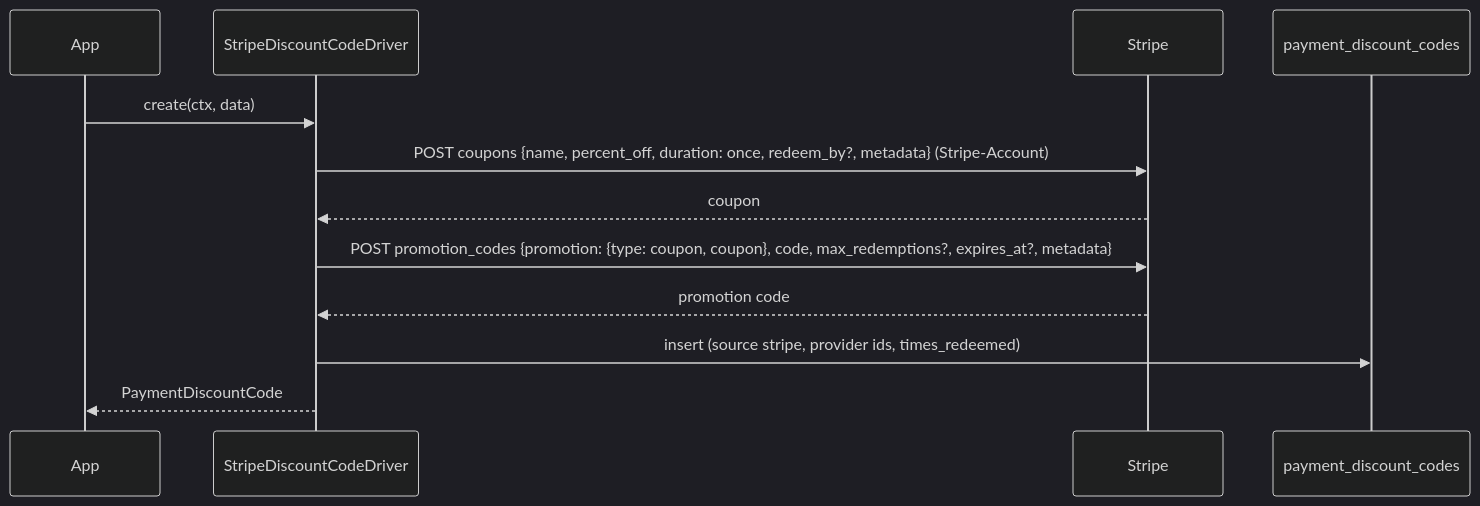
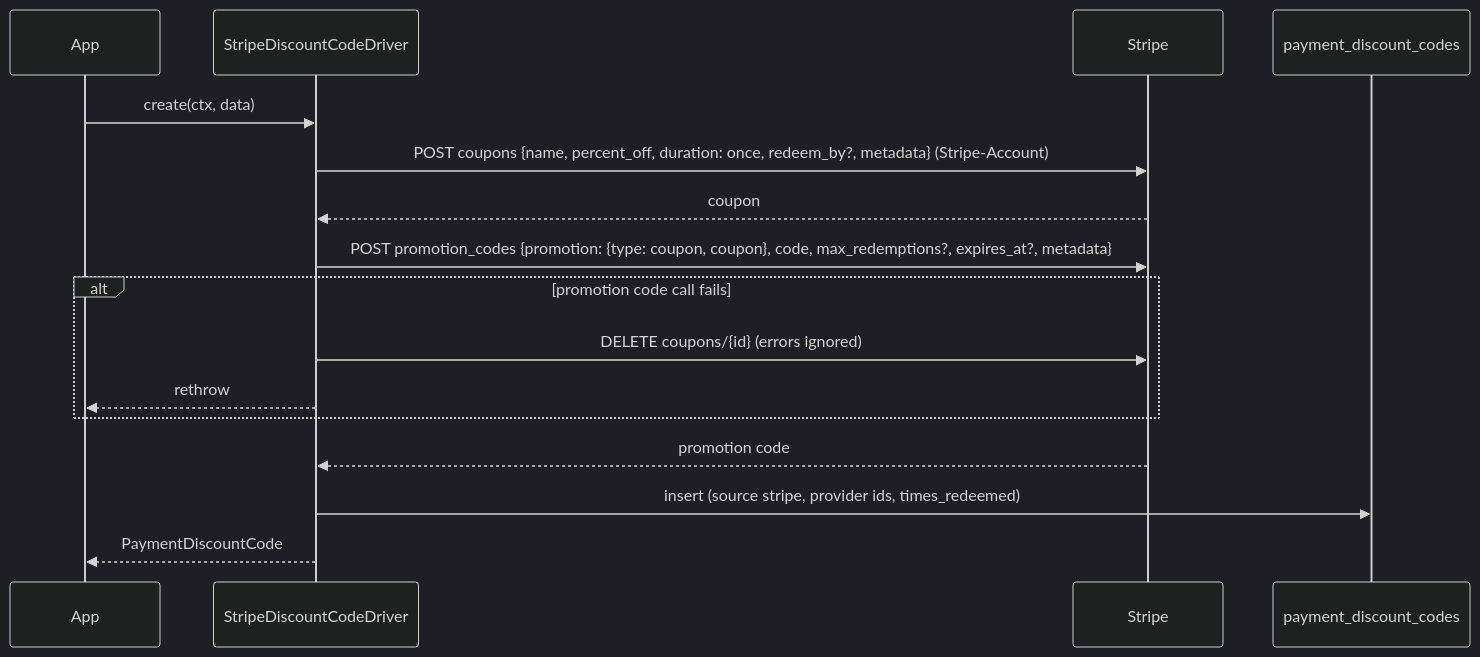
One commit to net-os-com/laravel-payments changed the diagram in docs/Discount-Codes.md. Above: the diagram before and after it, drawn with Mermaid (dark theme). The commit also changed other lines of this file and 14 other files, not shown here.

````diff
--- a/docs/Discount-Codes.md
+++ b/docs/Discount-Codes.md
@@ -83,15 +83,19 @@
 ```mermaid
 sequenceDiagram
     participant App
     participant Drv as StripeDiscountCodeDriver
     participant Stripe
     participant DB as payment_discount_codes
 
     App->>Drv: create(ctx, data)
     Drv->>Stripe: POST coupons {name, percent_off, duration: once, redeem_by?, metadata} (Stripe-Account)
     Stripe-->>Drv: coupon
     Drv->>Stripe: POST promotion_codes {promotion: {type: coupon, coupon}, code, max_redemptions?, expires_at?, metadata}
+    alt promotion code call fails
+        Drv->>Stripe: DELETE coupons/{id} (errors ignored)
+        Drv-->>App: rethrow
+    end
     Stripe-->>Drv: promotion code
     Drv->>DB: insert (source stripe, provider ids, times_redeemed)
     Drv-->>App: PaymentDiscountCode
 ```
````
